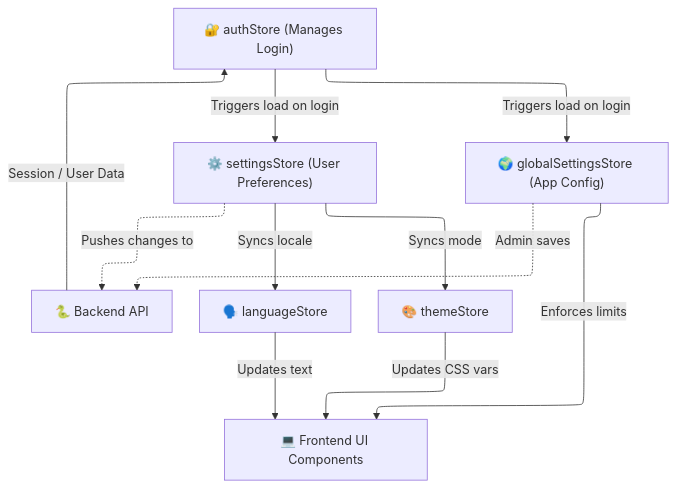
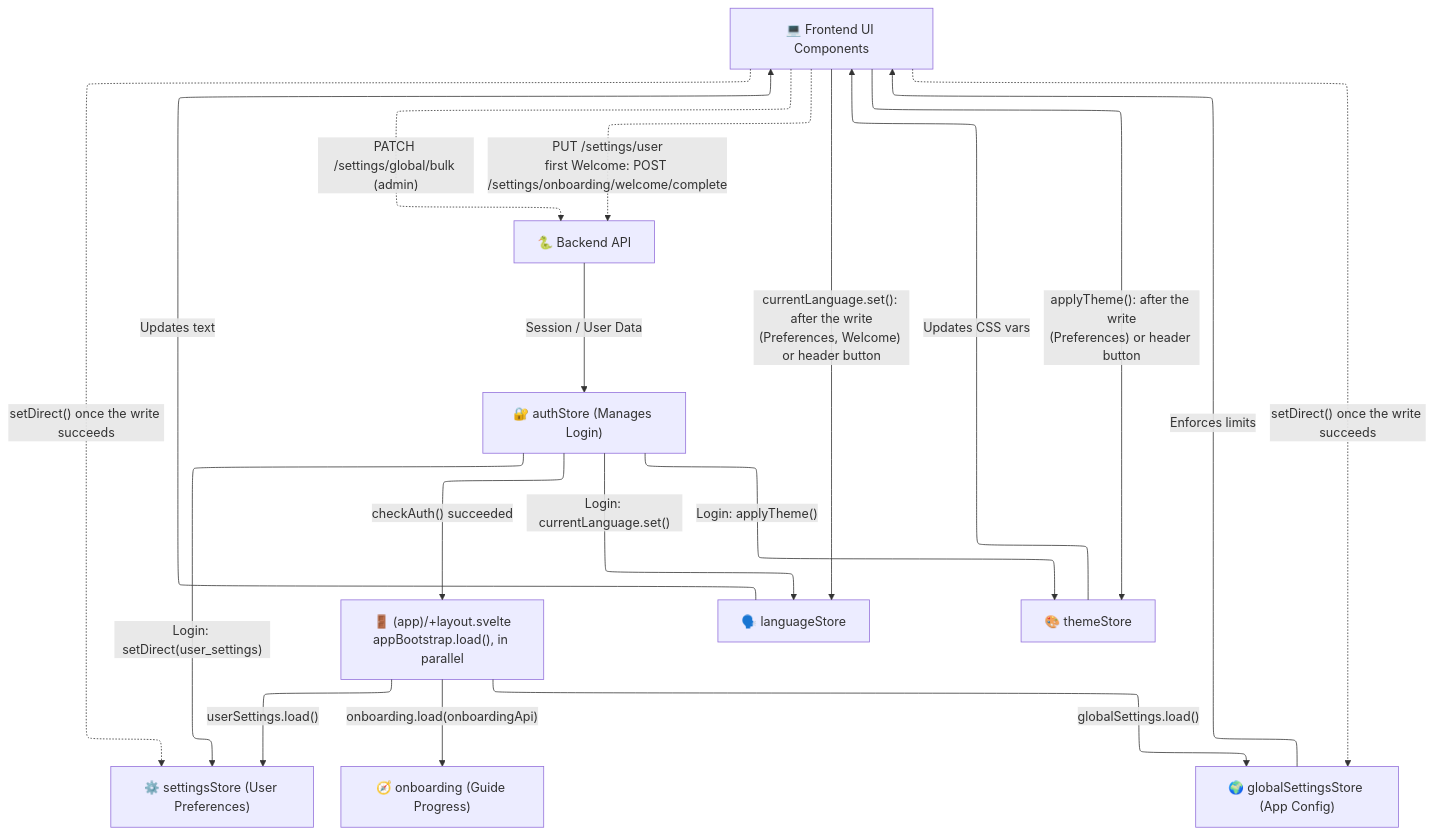
One commit to Librefolio/LibreFolio changed the diagram in mkdocs_src/docs/developer/frontend/state/app-state.md. Above: the diagram before and after it, drawn with Mermaid. The commit also changed other lines of this file and 86 other files, not shown here.

````diff
--- a/mkdocs_src/docs/developer/frontend/state/app-state.md
+++ b/mkdocs_src/docs/developer/frontend/state/app-state.md
@@ -26,31 +26,40 @@
 ```mermaid
 ---
 config:
   layout: elk
 ---
 graph TD
     API["🐍 Backend API"]
     
     Auth["🔐 authStore (Manages Login)"]
+    Boot["🚪 (app)/+layout.svelte<br>appBootstrap.load(), in parallel"]
     Settings["⚙️ settingsStore (User Preferences)"]
+    Onboarding["🧭 onboarding (Guide Progress)"]
     Global["🌍 globalSettingsStore (App Config)"]
     
     Lang["🗣️ languageStore"]
     Theme["🎨 themeStore"]
     
     UI["💻 Frontend UI Components"]
 
     API -->|Session / User Data| Auth
-    Auth -->|Triggers load on login| Settings
-    Auth -->|Triggers load on login| Global
+    Auth -->|"checkAuth() succeeded"| Boot
+    Boot -->|"userSettings.load()"| Settings
+    Boot -->|"onboarding.load(onboardingApi)"| Onboarding
+    Boot -->|"globalSettings.load()"| Global
+    Auth -->|"Login: setDirect(user_settings)"| Settings
+    Auth -->|"Login: currentLanguage.set()"| Lang
+    Auth -->|"Login: applyTheme()"| Theme
     
-    Settings -.->|Pushes changes to| API
-    Global -.->|Admin saves| API
+    UI -.->|"PUT /settings/user<br>first Welcome: POST /settings/onboarding/welcome/complete"| API
+    UI -.->|"PATCH /settings/global/bulk (admin)"| API
+    UI -.->|"setDirect() once the write succeeds"| Settings
+    UI -.->|"setDirect() once the write succeeds"| Global
 
-    Settings -->|Syncs locale| Lang
-    Settings -->|Syncs mode| Theme
+    UI -->|"currentLanguage.set(): after the write<br>(Preferences, Welcome) or header button"| Lang
+    UI -->|"applyTheme(): after the write<br>(Preferences) or header button"| Theme
 
     Lang -->|Updates text| UI
     Theme -->|Updates CSS vars| UI
     Global -->|Enforces limits| UI
 ```
````
